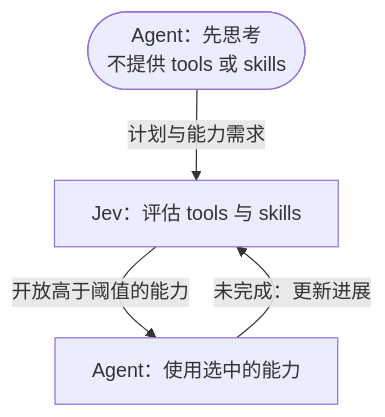
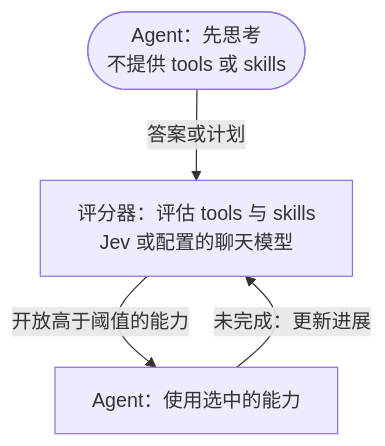
The diagram in README.zh-CN.md (RickT34/dsh-just-enough-tools), drawn with Mermaid before and after one commit. The commit also changed other lines of this file and 9 other files, not shown here.

````diff
--- a/README.zh-CN.md
+++ b/README.zh-CN.md
@@ -25,6 +20,6 @@
 ```mermaid
 flowchart TD
-    A(["Agent：先思考<br/>不提供 tools 或 skills"]) -->|计划与能力需求| B["Jev：评估 tools 与 skills"]
+    A(["Agent：先思考<br/>不提供 tools 或 skills"]) -->|答案或计划| B["评分器：评估 tools 与 skills<br/>Jev 或配置的聊天模型"]
     B -->|开放高于阈值的能力| C["Agent：使用选中的能力"]
     C -->|未完成：更新进展| B
 ```
````
